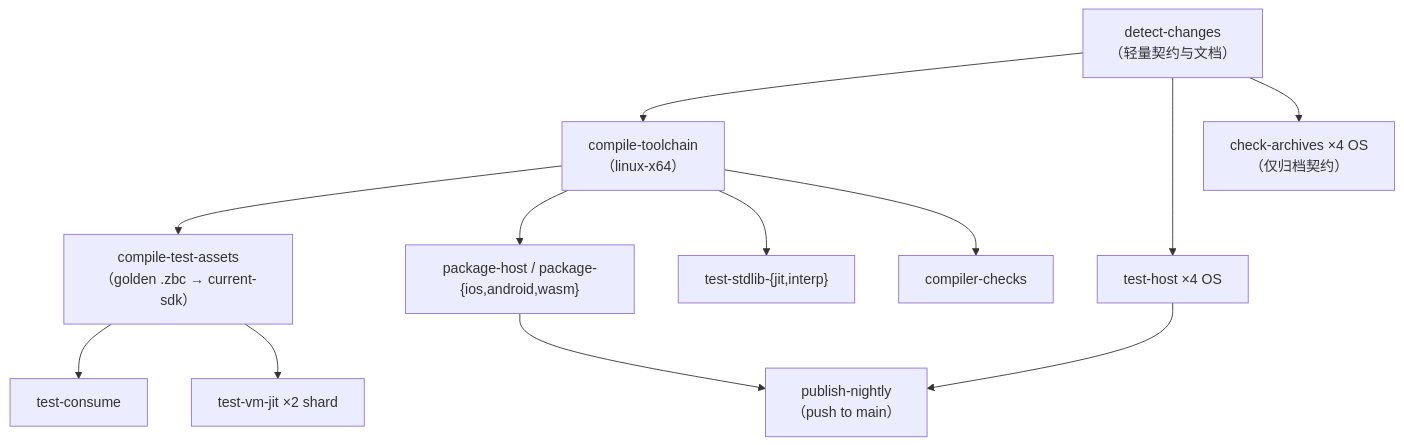
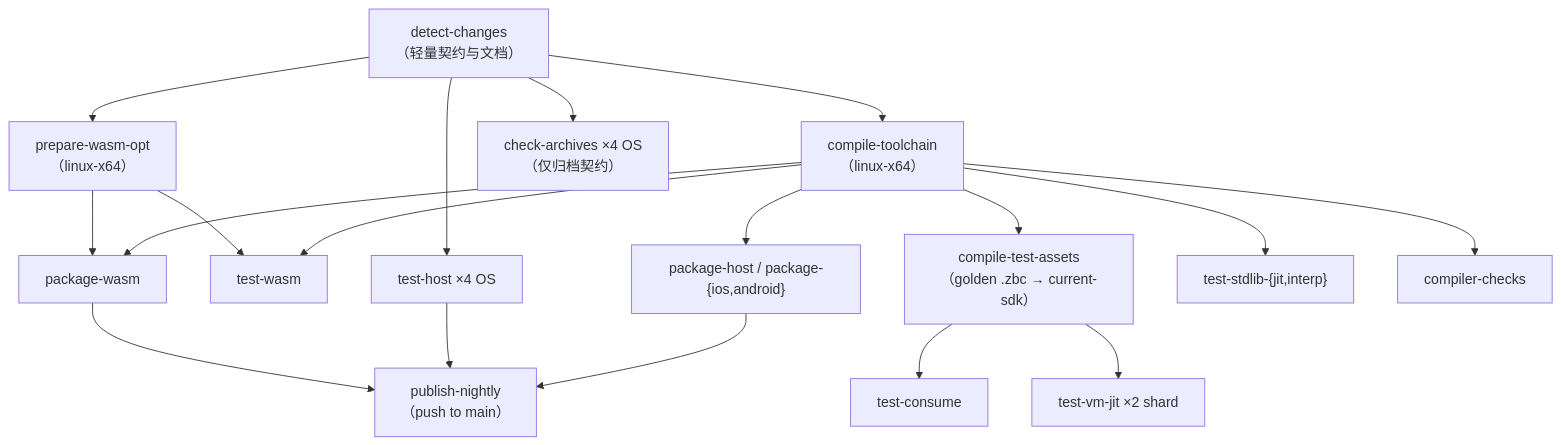
One commit to z42-lang/z42 changed the diagram in docs/internals/src/devinfra/ci.md. Above: the diagram before and after it, drawn with Mermaid. The commit also changed other lines of this file and 10 other files, not shown here.

````diff
--- a/docs/internals/src/devinfra/ci.md
+++ b/docs/internals/src/devinfra/ci.md
@@ -16,14 +16,20 @@
 ```mermaid
 flowchart TD
   C["detect-changes<br/>（轻量契约与文档）"] --> TB["compile-toolchain<br/>（linux-x64）"]
+  C --> WO["prepare-wasm-opt<br/>（linux-x64）"]
+  WO --> WP["package-wasm"]
+  WO --> WT["test-wasm"]
+  TB --> WP
+  TB --> WT
+  WP --> PUB
   C --> TH["test-host ×4 OS"]
   C --> ARC["check-archives ×4 OS<br/>（仅归档契约）"]
   TB --> TA["compile-test-assets<br/>（golden .zbc → current-sdk）"]
-  TB --> PKG["package-host / package-{ios,android,wasm}"]
+  TB --> PKG["package-host / package-{ios,android}"]
   TA --> CONS["test-consume"]
   TA --> JIT["test-vm-jit ×2 shard"]
   TB --> SL["test-stdlib-{jit,interp}"]
   TB --> CHK["compiler-checks"]
   TH --> PUB["publish-nightly<br/>（push to main）"]
   PKG --> PUB
 ```
````
